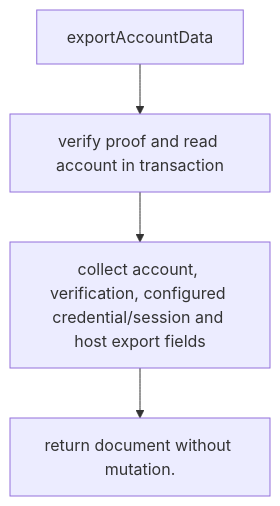
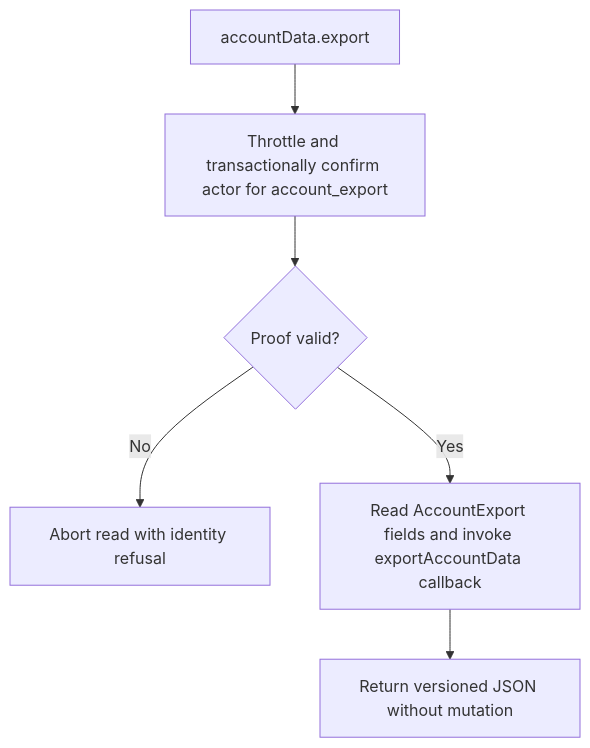
The second of 2 diagrams in user-stories/US-ACCOUNT-18-export-account.md (Kevinjohn/oss-adonisjs-account-kit), drawn with Mermaid before and after one commit. The commit also changed other lines of this file and 9 other files, not shown here.

Commit message:
docs: clarify session and social account journeys

````diff
--- a/user-stories/US-ACCOUNT-18-export-account.md
+++ b/user-stories/US-ACCOUNT-18-export-account.md
@@ -33,10 +29,8 @@
 ```mermaid
 flowchart TD
-    C0["exportAccountData"]
-    C1["verify proof and read account in transaction"]
-    C0 --> C1
-    C2["collect account, verification, configured credential/session and host export fields"]
-    C1 --> C2
-    C3["return document without mutation."]
-    C2 --> C3
+ A["accountData.export"] --> B["Throttle and transactionally confirm actor for account_export"]
+ B --> C{"Proof valid?"}
+ C -->|No| D["Abort read with identity refusal"]
+ C -->|Yes| E["Read AccountExport fields and invoke exportAccountData callback"]
+ E --> F["Return versioned JSON without mutation"]
 ```
````
